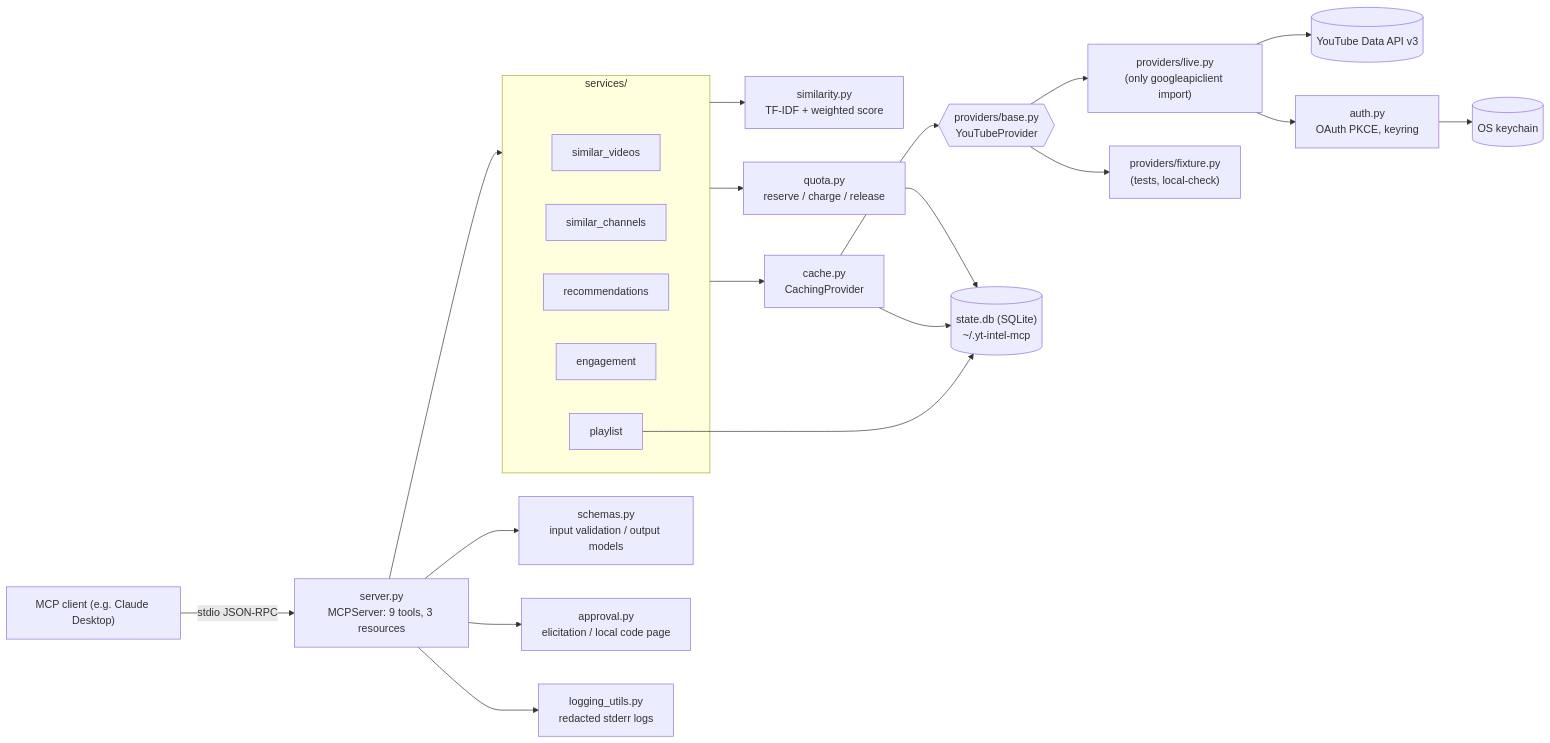
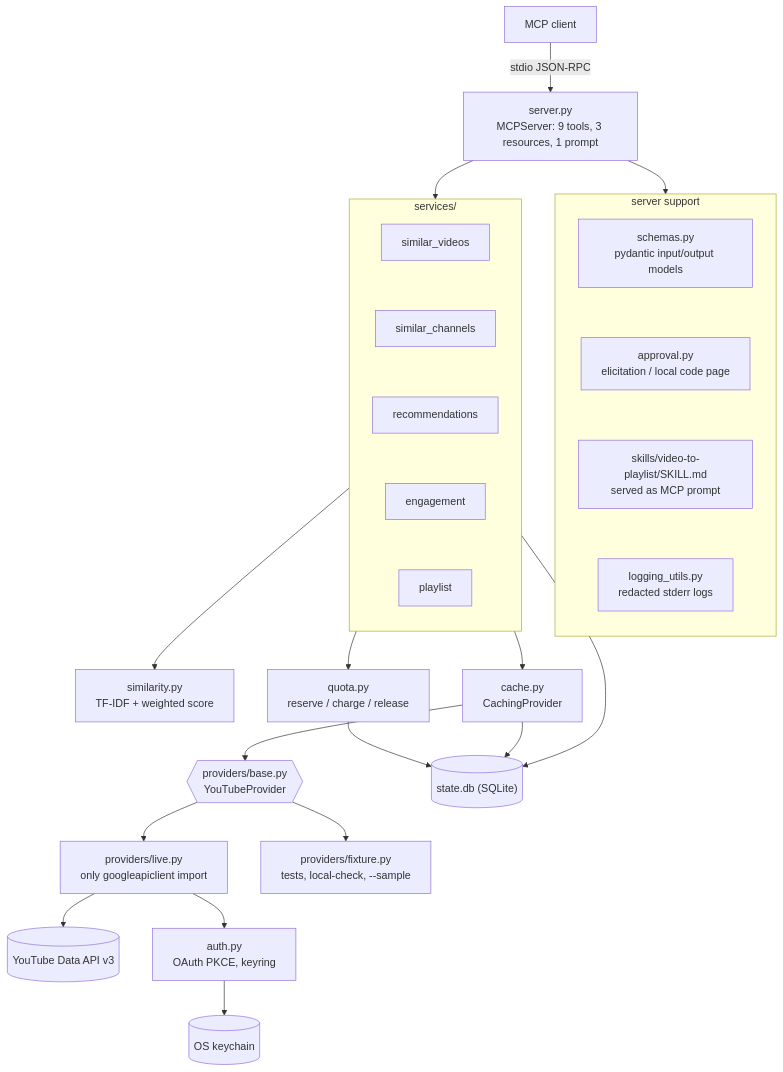
One commit to Awwab157/SE_PROJ changed the third of 12 diagrams in docs/architecture.md. Above: the diagram before and after it, drawn with Mermaid. The commit also changed other lines of this file and 28 other files, not shown here.

````diff
--- a/docs/architecture.md
+++ b/docs/architecture.md
@@ -4,21 +68,33 @@
 ```mermaid
-flowchart LR
-    client["MCP client (e.g. Claude Desktop)"] -- stdio JSON-RPC --> server["server.py\nMCPServer: 9 tools, 3 resources"]
-    server --> schemas["schemas.py\ninput validation / output models"]
+flowchart TB
+    client["MCP client"] -- "stdio JSON-RPC" --> server["server.py<br/>MCPServer: 9 tools, 3 resources, 1 prompt"]
+    server --> support
+    subgraph support["server support"]
+        direction TB
+        schemas["schemas.py<br/>pydantic input/output models"]
+        approval["approval.py<br/>elicitation / local code page"]
+        skillfile["skills/video-to-playlist/SKILL.md<br/>served as MCP prompt"]
+        logs["logging_utils.py<br/>redacted stderr logs"]
+        schemas ~~~ approval ~~~ skillfile ~~~ logs
+    end
     server --> services
-    server --> approval["approval.py\nelicitation / local code page"]
     subgraph services["services/"]
-        sv[similar_videos] & sc[similar_channels] & rec[recommendations] & eng[engagement] & pl[playlist]
+        direction TB
+        sv["similar_videos"]
+        sc["similar_channels"]
+        rec["recommendations"]
+        eng["engagement"]
+        pl["playlist"]
+        sv ~~~ sc ~~~ rec ~~~ eng ~~~ pl
     end
-    services --> sim["similarity.py\nTF-IDF + weighted score"]
-    services --> quota["quota.py\nreserve / charge / release"]
-    services --> cache["cache.py\nCachingProvider"]
-    cache --> provider{{"providers/base.py\nYouTubeProvider"}}
-    provider --> live["providers/live.py\n(only googleapiclient import)"]
-    provider --> fixture["providers/fixture.py\n(tests, local-check)"]
+    services --> sim["similarity.py<br/>TF-IDF + weighted score"]
+    services --> quota["quota.py<br/>reserve / charge / release"]
+    services --> cache["cache.py<br/>CachingProvider"]
+    cache --> provider{{"providers/base.py<br/>YouTubeProvider"}}
+    provider --> live["providers/live.py<br/>only googleapiclient import"]
+    provider --> fixture["providers/fixture.py<br/>tests, local-check, --sample"]
     live --> yt[("YouTube Data API v3")]
-    live --> auth["auth.py\nOAuth PKCE, keyring"]
-    quota & cache & pl --> db[("state.db (SQLite)\n~/.yt-intel-mcp")]
+    live --> auth["auth.py<br/>OAuth PKCE, keyring"]
+    quota & cache & pl --> db[("state.db (SQLite)")]
     auth --> keychain[("OS keychain")]
-    server --> logs["logging_utils.py\nredacted stderr logs"]
 ```
````
